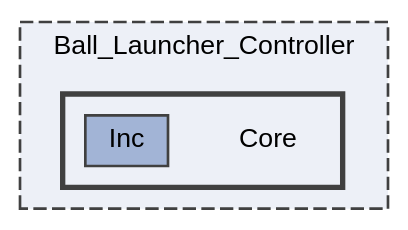
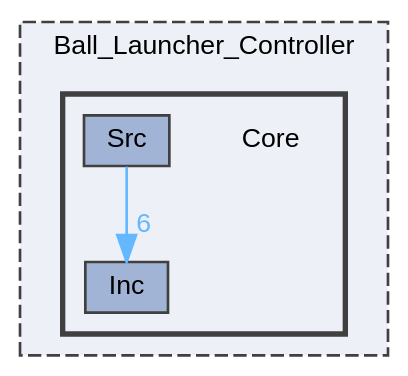
Before and after one commit to vvinhvvo98/Basketball-Launcher: the diagram in docs/dir_3bbab98ef2025f84866ee15d6a34516b_dep.dot, drawn with Graphviz. The commit also changed 98 other files, not shown here.

```diff
--- a/docs/dir_3bbab98ef2025f84866ee15d6a34516b_dep.dot
+++ b/docs/dir_3bbab98ef2025f84866ee15d6a34516b_dep.dot
@@ -1,16 +1,18 @@
 digraph "Ball_Launcher_Controller/Core"
 {
  // LATEX_PDF_SIZE
   bgcolor="transparent";
   edge [fontname=Helvetica,fontsize=10,labelfontname=Helvetica,labelfontsize=10];
   node [fontname=Helvetica,fontsize=10,shape=box,height=0.2,width=0.4];
   compound=true
   subgraph clusterdir_a32e220f89ab7609f232780d068ad339 {
     graph [ bgcolor="#edf0f7", pencolor="grey25", label="Ball_Launcher_Controller", fontname=Helvetica,fontsize=10 style="filled,dashed", URL="dir_a32e220f89ab7609f232780d068ad339.html",tooltip=""]
   subgraph clusterdir_3bbab98ef2025f84866ee15d6a34516b {
     graph [ bgcolor="#edf0f7", pencolor="grey25", label="", fontname=Helvetica,fontsize=10 style="filled,bold", URL="dir_3bbab98ef2025f84866ee15d6a34516b.html",tooltip=""]
     dir_3bbab98ef2025f84866ee15d6a34516b [shape=plaintext, label="Core"];
   dir_f63d1d19b1344f6eb6e4bb6cdb2a585f [label="Inc", fillcolor="#a2b4d6", color="grey25", style="filled", URL="dir_f63d1d19b1344f6eb6e4bb6cdb2a585f.html",tooltip=""];
+  dir_5f0bd777afe5046ac2fdac207f53c90f [label="Src", fillcolor="#a2b4d6", color="grey25", style="filled", URL="dir_5f0bd777afe5046ac2fdac207f53c90f.html",tooltip=""];
   }
   }
+  dir_5f0bd777afe5046ac2fdac207f53c90f->dir_f63d1d19b1344f6eb6e4bb6cdb2a585f [headlabel="6", labeldistance=1.5 headhref="dir_000004_000002.html" href="dir_000004_000002.html" color="steelblue1" fontcolor="steelblue1"];
 }
```
